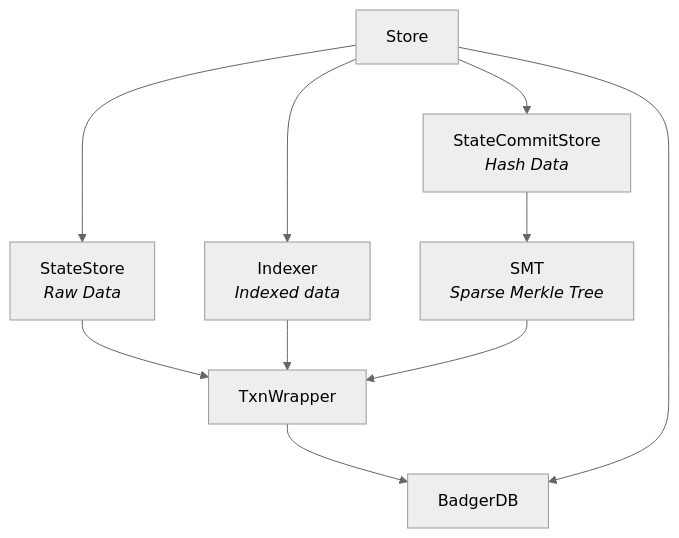
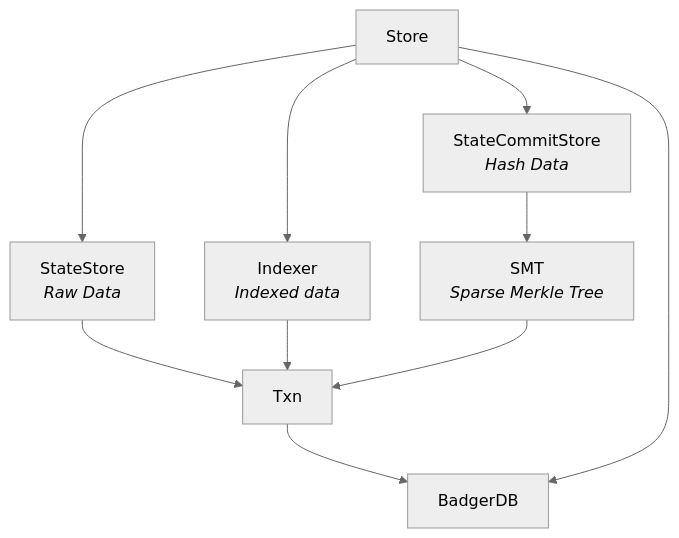
The first of 8 diagrams in store/README.md (rem1niscence/canopy), drawn with Mermaid (neutral theme) before and after one commit. The commit also changed other lines of this file, not shown here.

Commit message:
docs: update store's README to merge information about Txn/TxnWrapper

````diff
--- a/store/README.md
+++ b/store/README.md
@@ -86,15 +89,15 @@
 ```mermaid
 graph TD
     Store[Store] --> Indexer[Indexer<br/><i>Indexed data</i>]
     Store --> StateStore[StateStore<br/><i>Raw Data</i>]
     Store --> StateCommitStore[StateCommitStore<br/><i>Hash Data</i>]
 
-    StateStore --> TxnWrapper[TxnWrapper]
+    StateStore --> Txn[Txn]
     StateCommitStore --> SMT[SMT<br/><i>Sparse Merkle Tree</i>]
-    Indexer --> TxnWrapper
+    Indexer --> Txn
 
-    SMT --> TxnWrapper
+    SMT --> Txn
 
-    TxnWrapper --> BadgerDB[BadgerDB]
+    Txn --> BadgerDB[BadgerDB]
     Store --> BadgerDB
 ```
````
